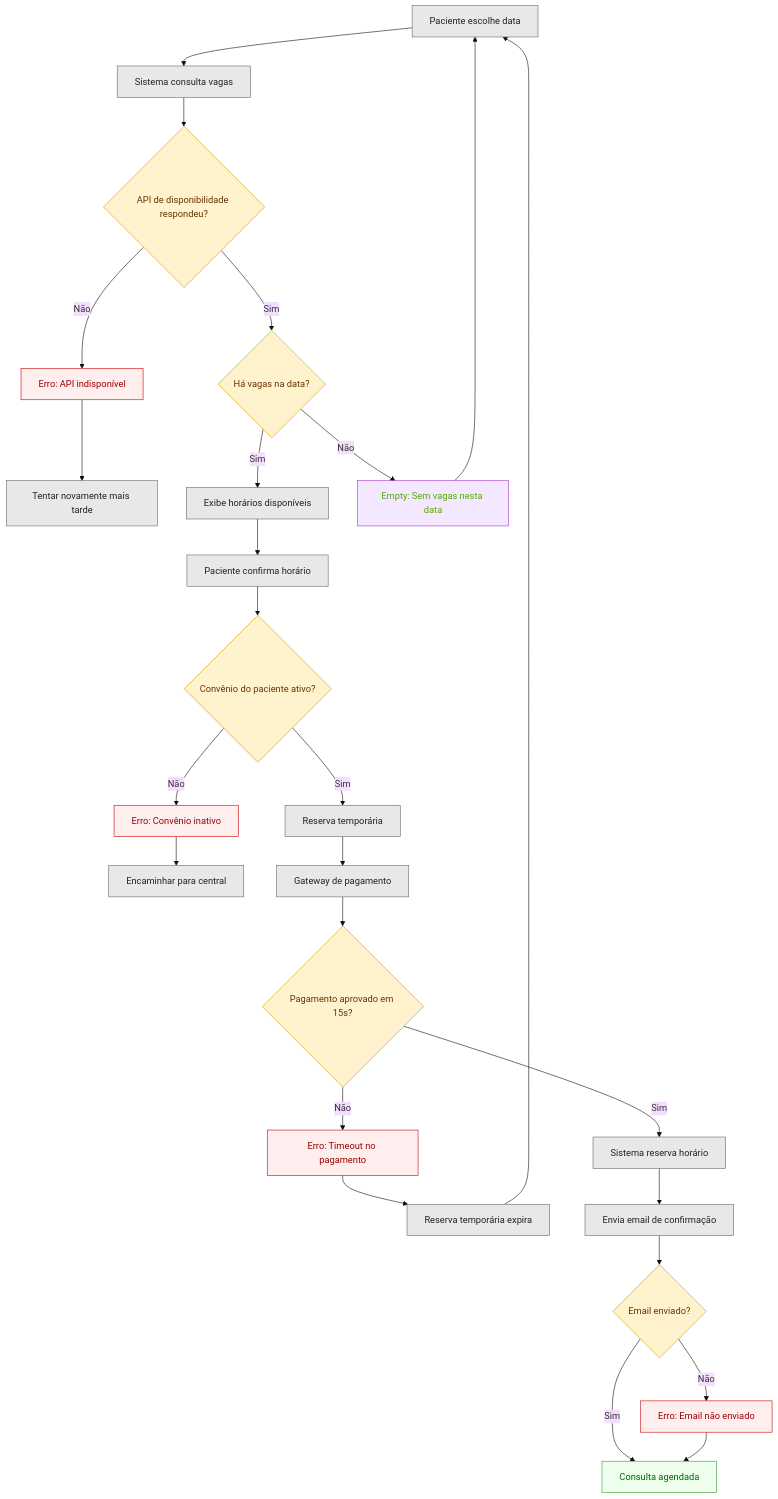
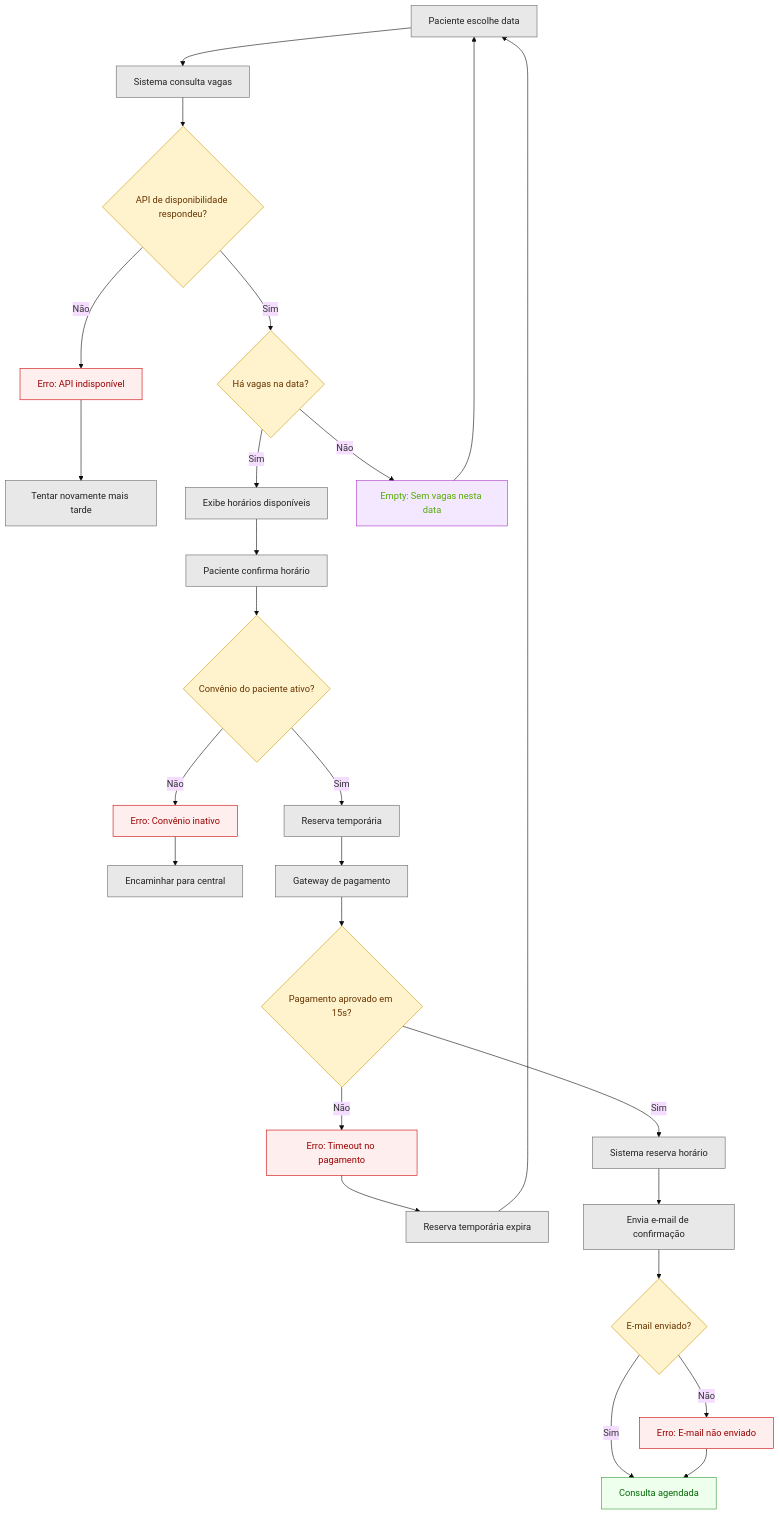
One commit to estrazulas/skills changed the second of 4 diagrams in skills/requisitos/criar-mermaid/README.md. Above: the diagram before and after it, drawn with Mermaid. The commit also changed other lines of this file and 2 other files, not shown here.

First line of the commit message:
docs: nivela READMEs de criar-prd e criar-mermaid, e fecha a cadeia ate issues

````diff
--- a/skills/requisitos/criar-mermaid/README.md
+++ b/skills/requisitos/criar-mermaid/README.md
@@ -87,41 +102,41 @@
 ```mermaid
 %%{init: {'theme': 'base'}}%%
 graph TD
     A[Paciente escolhe data] --> B[Sistema consulta vagas]
     B --> C{API de disponibilidade respondeu?}
     C -->|Sim| D{Há vagas na data?}
     C -->|Não| E[Erro: API indisponível]
     E --> F[Tentar novamente mais tarde]
     D -->|Sim| G[Exibe horários disponíveis]
     D -->|Não| H[Empty: Sem vagas nesta data]
     H --> A
     G --> I[Paciente confirma horário]
     I --> J{Convênio do paciente ativo?}
     J -->|Sim| K[Reserva temporária]
     J -->|Não| L[Erro: Convênio inativo]
     L --> M[Encaminhar para central]
     K --> N[Gateway de pagamento]
     N --> O{Pagamento aprovado em 15s?}
     O -->|Sim| P[Sistema reserva horário]
     O -->|Não| Q[Erro: Timeout no pagamento]
     Q --> R[Reserva temporária expira]
     R --> A
-    P --> S[Envia email de confirmação]
-    S --> T{Email enviado?}
+    P --> S[Envia e-mail de confirmação]
+    S --> T{E-mail enviado?}
     T -->|Sim| U[Consulta agendada]
-    T -->|Não| V[Erro: Email não enviado]
+    T -->|Não| V[Erro: E-mail não enviado]
     V --> U
 
 classDef error fill:#fee,color:#900,stroke:#c00
 classDef success fill:#efe,color:#060,stroke:#393
 classDef decision fill:#fff3cd,color:#630,stroke:#c90
 classDef action fill:#e8e8e8,color:#222,stroke:#666
 classDef empty fill:#f3e8ff,color:#5a0,stroke:#a3c
 classDef startend fill:#d4edda,color:#155724,stroke:#28a745
 
 class E,L,Q,V error
 class U success
 class C,D,J,O,T decision
 class A,B,F,G,I,K,M,N,P,R,S action
 class H empty
 ```
````
